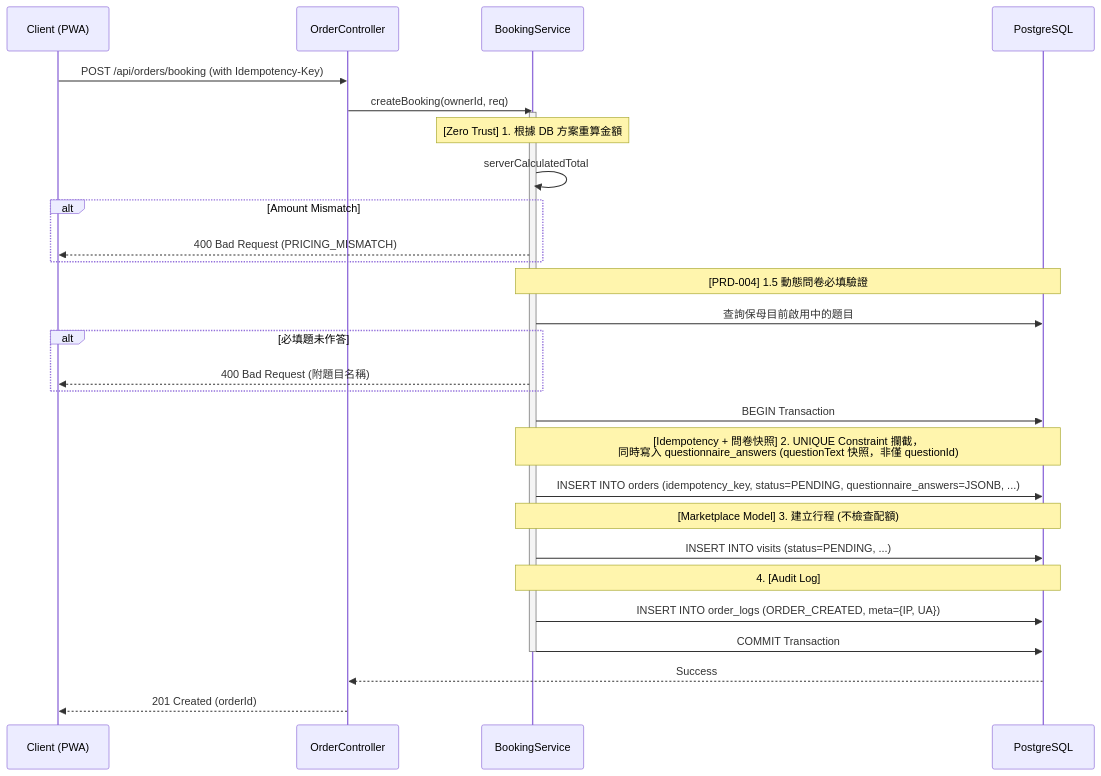
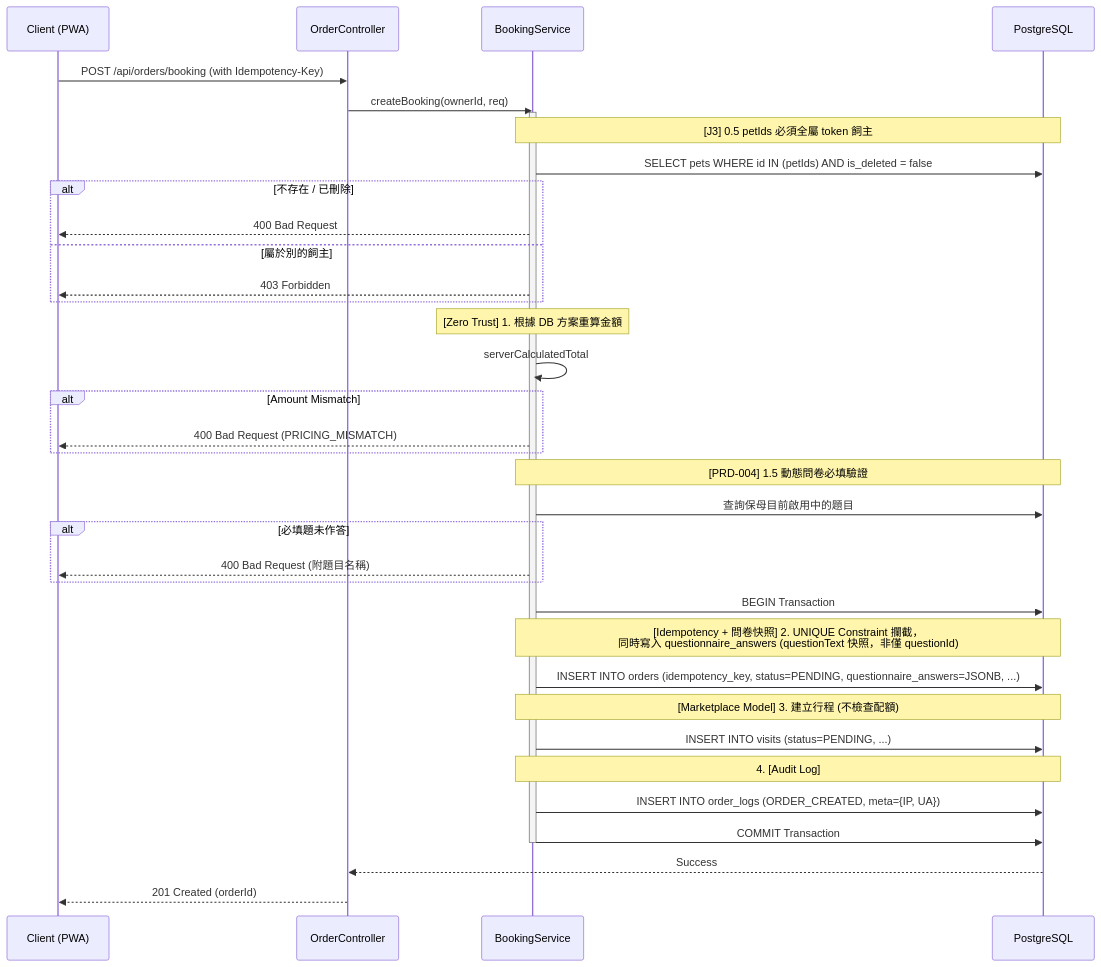
Before and after one commit to willchiangch/cat-sitter-project: the diagram in docs/sd/SD-005-public-booking.md, drawn with Mermaid. The commit also changed other lines of this file and 3 other files, not shown here.

Commit message:
fix: 預約的 petIds 必須全部是 token 飼主自己的毛孩（第 11 批另外發現 #4，IDOR 預防）：BookingService.requirePetsOwnedBy 在方案與金額驗證前以 PetRepository.findAllById 檢查，不存在 / 已刪除 → 400、屬於別的飼主 → 403（SD-GLOBAL-SPEC §3.4 慣例），任一不符都不建單；過去原樣存入 OrderItem.petIds；真 JWT 迴歸測試（舊程式碼 2 支紅）；SD-005、TS-005 Scenario 8 同步

````diff
--- a/docs/sd/SD-005-public-booking.md
+++ b/docs/sd/SD-005-public-booking.md
@@ -73,40 +74,47 @@
 ```mermaid
 sequenceDiagram
     participant C as Client (PWA)
     participant API as OrderController
     participant SVC as BookingService
     participant DB as PostgreSQL
 
     C->>API: POST /api/orders/booking (with Idempotency-Key)
     API->>SVC: createBooking(ownerId, req)
     
     activate SVC
+    Note over SVC, DB: [J3] 0.5 petIds 必須全屬 token 飼主
+    SVC->>DB: SELECT pets WHERE id IN (petIds) AND is_deleted = false
+    alt 不存在 / 已刪除
+        SVC-->>C: 400 Bad Request
+    else 屬於別的飼主
+        SVC-->>C: 403 Forbidden
+    end
     Note over SVC: [Zero Trust] 1. 根據 DB 方案重算金額
     SVC->>SVC: serverCalculatedTotal
     alt Amount Mismatch
         SVC-->>C: 400 Bad Request (PRICING_MISMATCH)
     end
 
     Note over SVC, DB: [PRD-004] 1.5 動態問卷必填驗證
     SVC->>DB: 查詢保母目前啟用中的題目
     alt 必填題未作答
         SVC-->>C: 400 Bad Request (附題目名稱)
     end
 
     SVC->>DB: BEGIN Transaction
     
     Note over SVC, DB: [Idempotency + 問卷快照] 2. UNIQUE Constraint 攔截，<br/>同時寫入 questionnaire_answers (questionText 快照，非僅 questionId)
     SVC->>DB: INSERT INTO orders (idempotency_key, status=PENDING, questionnaire_answers=JSONB, ...)
 
     Note over SVC, DB: [Marketplace Model] 3. 建立行程 (不檢查配額)
     SVC->>DB: INSERT INTO visits (status=PENDING, ...)
     
     Note over SVC, DB: 4. [Audit Log]
     SVC->>DB: INSERT INTO order_logs (ORDER_CREATED, meta={IP, UA})
     
     SVC->>DB: COMMIT Transaction
     deactivate SVC
     
     DB-->>API: Success
     API-->>C: 201 Created (orderId)
 ```
````
